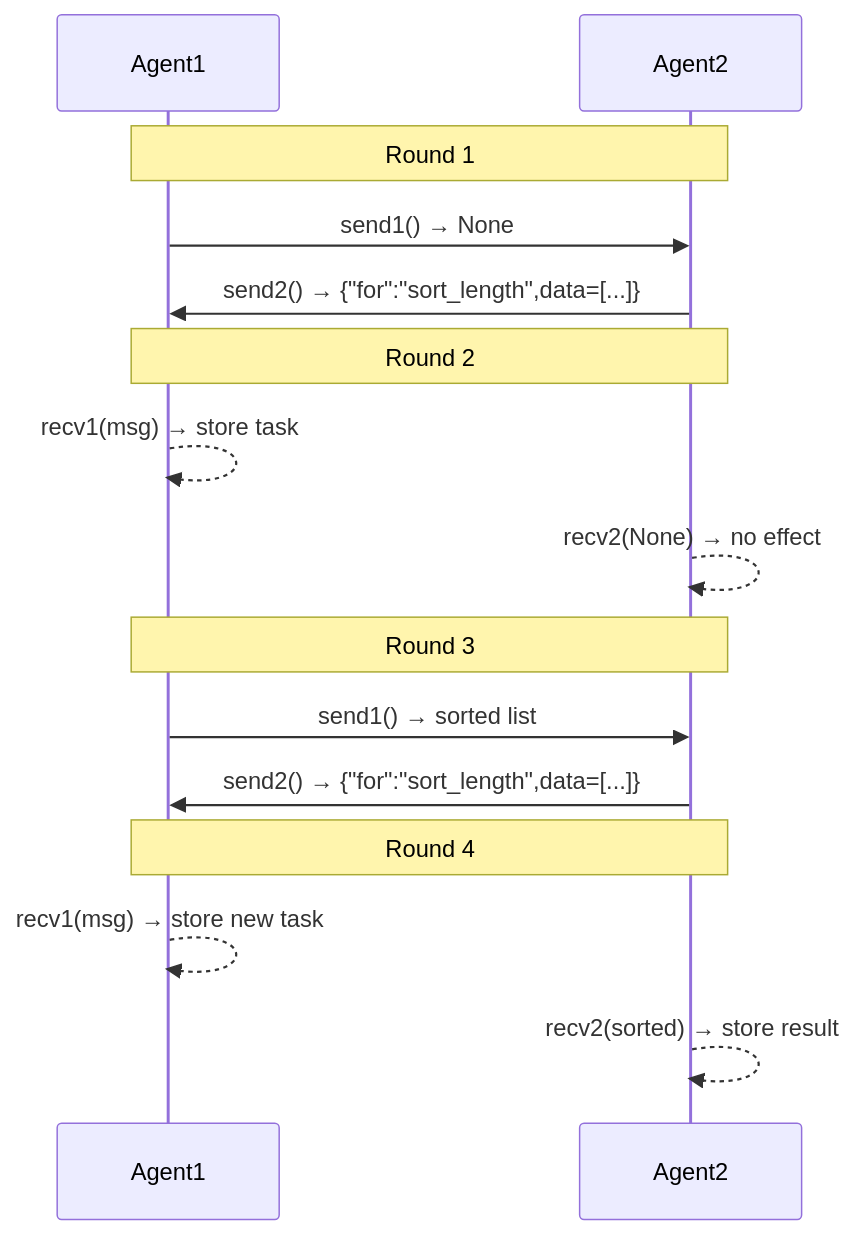
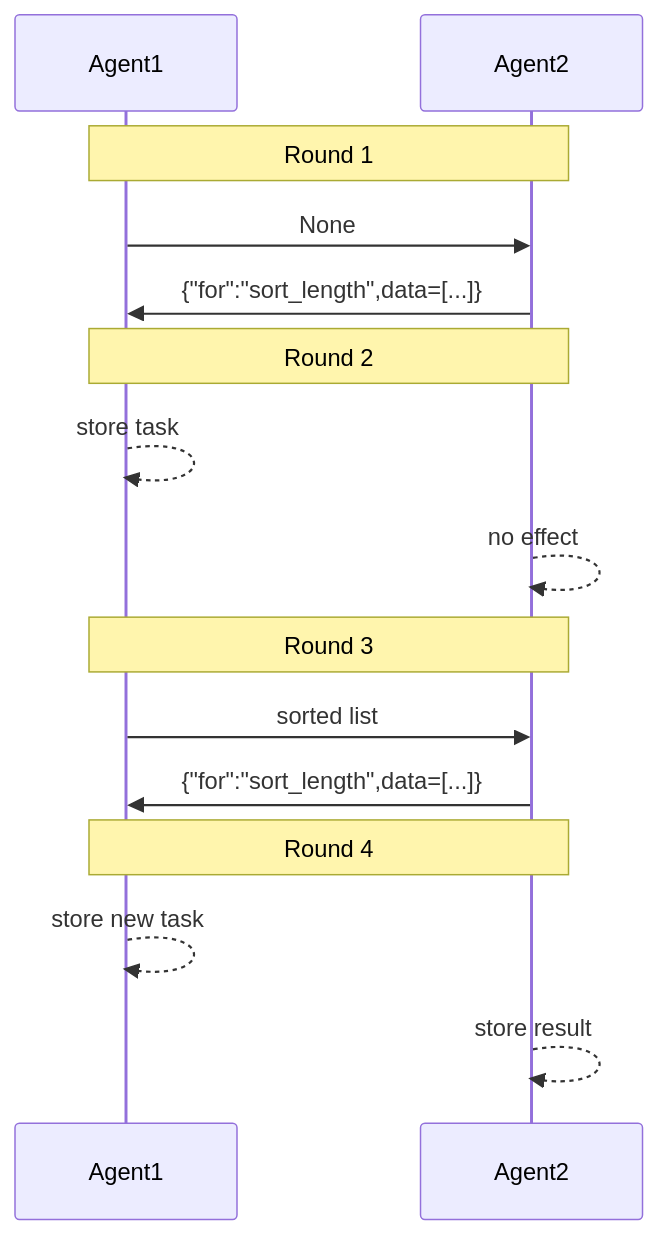
The diagram in introduction/mini_sdk.md (Summoner-Network/summoner-docs), drawn with Mermaid before and after one commit. The commit also changed other lines of this file and 7 other files, not shown here.

````diff
--- a/introduction/mini_sdk.md
+++ b/introduction/mini_sdk.md
@@ -229,22 +249,22 @@
 ```mermaid
 sequenceDiagram
     participant Agent1
     participant Agent2
 
     Note over Agent1,Agent2: Round 1
-    Agent1->>Agent2: send1() → None
-    Agent2->>Agent1: send2() → {"for":"sort_length",data=[...]}
+    Agent1->>Agent2: None
+    Agent2->>Agent1: {"for":"sort_length",data=[...]}
 
     Note over Agent1,Agent2: Round 2
-    Agent1-->>Agent1: recv1(msg) → store task
-    Agent2-->>Agent2: recv2(None) → no effect
+    Agent1-->>Agent1: store task
+    Agent2-->>Agent2: no effect
 
     Note over Agent1,Agent2: Round 3
-    Agent1->>Agent2: send1() → sorted list
-    Agent2->>Agent1: send2() → {"for":"sort_length",data=[...]}
+    Agent1->>Agent2: sorted list
+    Agent2->>Agent1: {"for":"sort_length",data=[...]}
 
     Note over Agent1,Agent2: Round 4
-    Agent1-->>Agent1: recv1(msg) → store new task
-    Agent2-->>Agent2: recv2(sorted) → store result
+    Agent1-->>Agent1: store new task
+    Agent2-->>Agent2: store result
     %% and so on for further rounds
 ```
````
